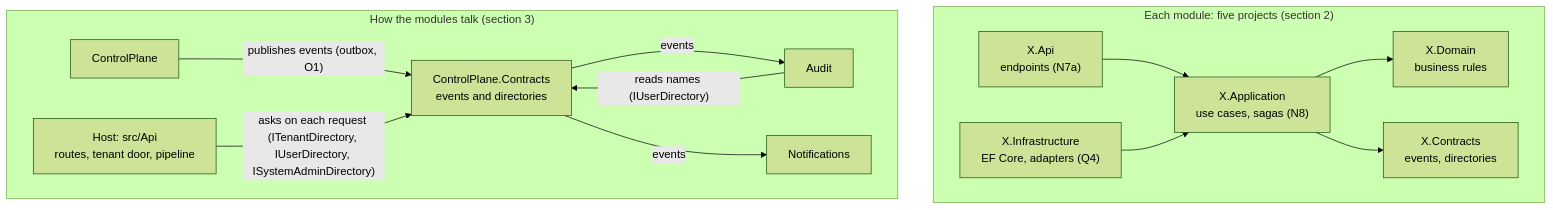
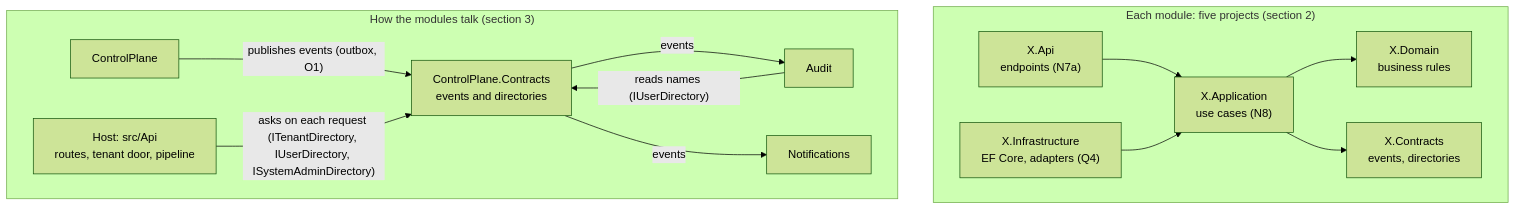
One commit to sufyant/multi-tenant-saas-starter changed the diagram in apps/api/docs/ARCHITECTURE.md. Above: the diagram before and after it, drawn with Mermaid (forest theme). The commit also changed other lines of this file and 5 other files, not shown here.

````diff
--- a/apps/api/docs/ARCHITECTURE.md
+++ b/apps/api/docs/ARCHITECTURE.md
@@ -13,23 +13,23 @@
 ```mermaid
 flowchart TB
   subgraph module["Each module: five projects (section 2)"]
     direction LR
-    api["X.Api<br/>endpoints (N7a)"] --> app["X.Application<br/>use cases, sagas (N8)"]
+    api["X.Api<br/>endpoints (N7a)"] --> app["X.Application<br/>use cases (N8)"]
     app --> domain["X.Domain<br/>business rules"]
     infra["X.Infrastructure<br/>EF Core, adapters (Q4)"] --> app
     app --> contracts["X.Contracts<br/>events, directories"]
   end
   subgraph modules["How the modules talk (section 3)"]
     direction LR
     host["Host: src/Api<br/>routes, tenant door, pipeline"]
     cp["ControlPlane"]
     cpc["ControlPlane.Contracts<br/>events and directories"]
     audit["Audit"]
     notify["Notifications"]
     cp -- "publishes events (outbox, O1)" --> cpc
     cpc -- "events" --> audit
     cpc -- "events" --> notify
     audit -- "reads names (IUserDirectory)" --> cpc
     host -- "asks on each request (ITenantDirectory, IUserDirectory, ISystemAdminDirectory)" --> cpc
   end
 ```
````
